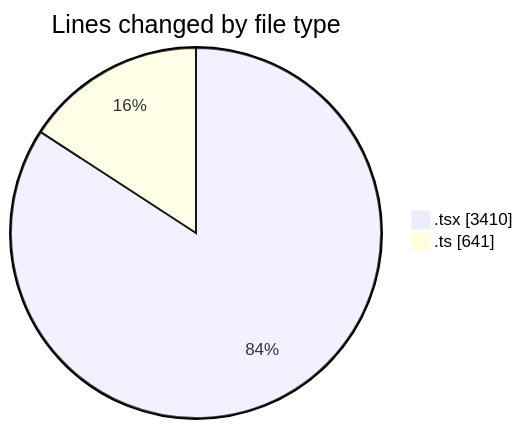
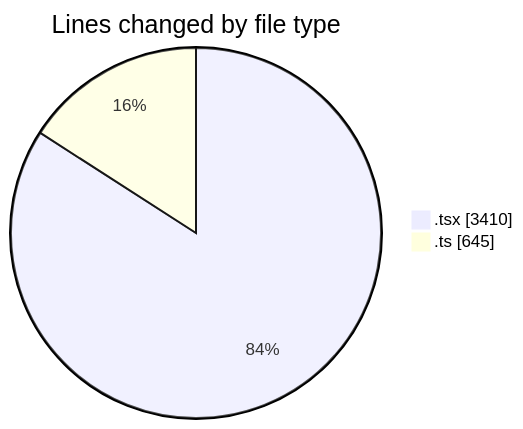
The first of 2 diagrams in 2026-06-08/nxtqube_webapp/README.md (nxtqubesakshisongat/code-tracking), drawn with Mermaid before and after one commit. The commit also changed other lines of this file and 1 other file, not shown here.

````diff
--- a/2026-06-08/nxtqube_webapp/README.md
+++ b/2026-06-08/nxtqube_webapp/README.md
@@ -25,6 +25,6 @@
 ```mermaid
 pie showData
 title Lines changed by file type
 ".tsx" : 3410
-".ts" : 641
+".ts" : 645
 ```
````
